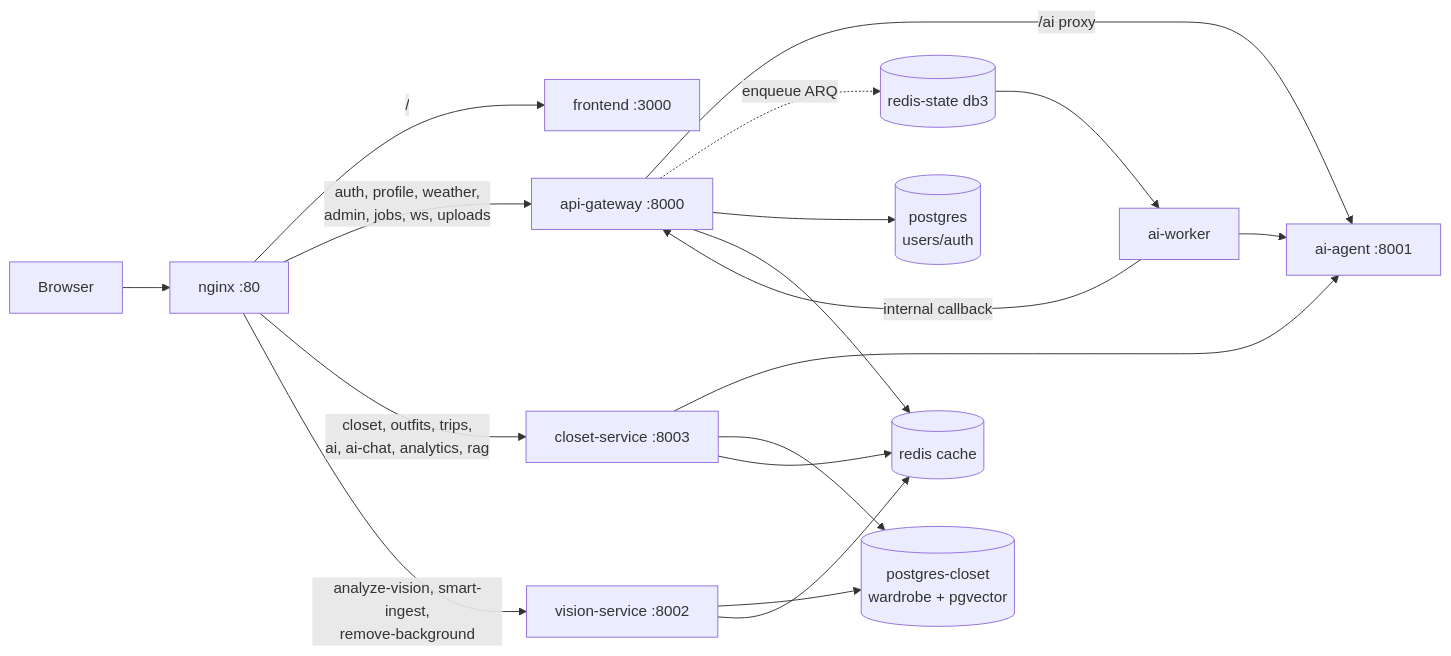
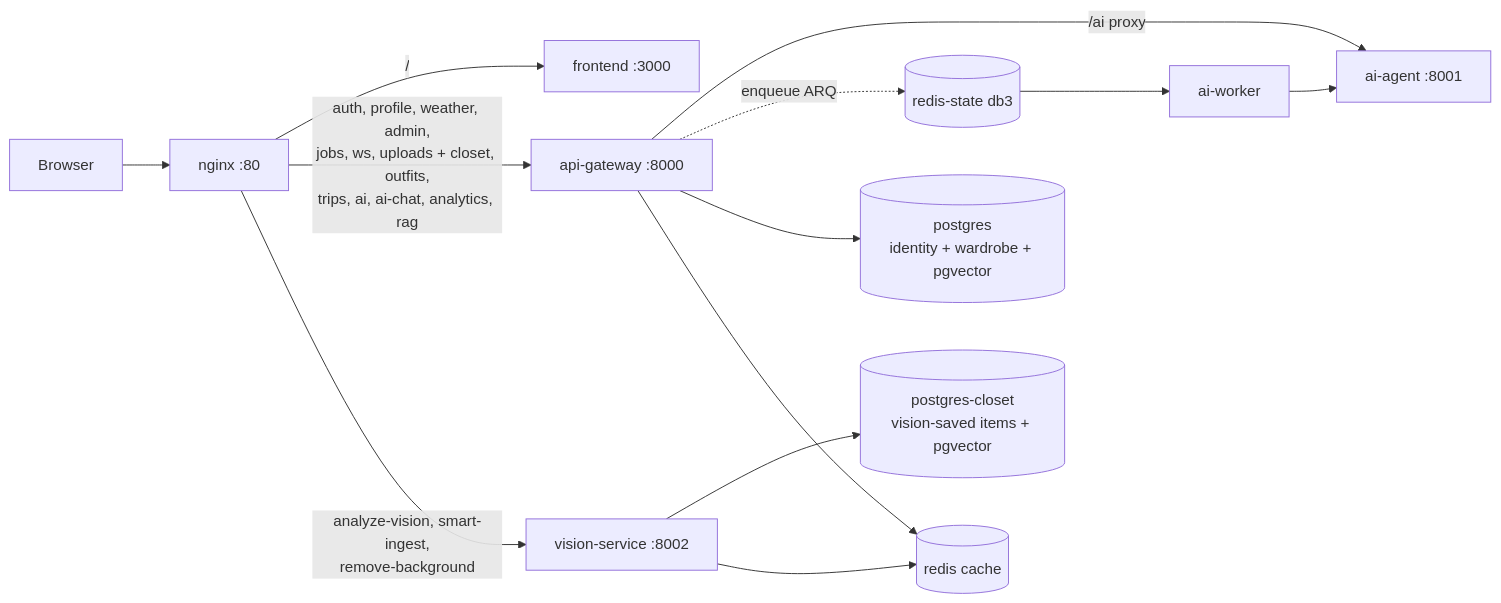
One commit to phanidhar09/clozehive changed the second of 6 diagrams in docs/SERVICES.md. Above: the diagram before and after it, drawn with Mermaid. The commit also changed other lines of this file and 167 other files, not shown here.

````diff
--- a/docs/SERVICES.md
+++ b/docs/SERVICES.md
@@ -35,20 +43,15 @@
 ```mermaid
 flowchart LR
     B[Browser] --> N[nginx :80]
     N -->|"/"| FE[frontend :3000]
-    N -->|"auth, profile, weather,<br/>admin, jobs, ws, uploads"| GW[api-gateway :8000]
-    N -->|"closet, outfits, trips,<br/>ai, ai-chat, analytics, rag"| CS[closet-service :8003]
+    N -->|"auth, profile, weather, admin,<br/>jobs, ws, uploads + closet, outfits,<br/>trips, ai, ai-chat, analytics, rag"| GW[api-gateway :8000]
     N -->|"analyze-vision, smart-ingest,<br/>remove-background"| VS[vision-service :8002]
     GW -->|/ai proxy| AG[ai-agent :8001]
-    CS --> AG
-    GW -. enqueue ARQ .-> RS[(redis-state db3)]
-    RS --> AW[ai-worker]
+    GW -. enqueue ARQ .-> RSQ[(redis-state db3)]
+    RSQ --> AW[ai-worker]
     AW --> AG
-    AW -->|internal callback| GW
-    GW --> PG[(postgres<br/>users/auth)]
-    CS --> PGC[(postgres-closet<br/>wardrobe + pgvector)]
-    VS --> PGC
+    GW --> PG[(postgres<br/>identity + wardrobe + pgvector)]
+    VS --> PGC[(postgres-closet<br/>vision-saved items + pgvector)]
     GW --> R[(redis cache)]
-    CS --> R
     VS --> R
 ```
````
